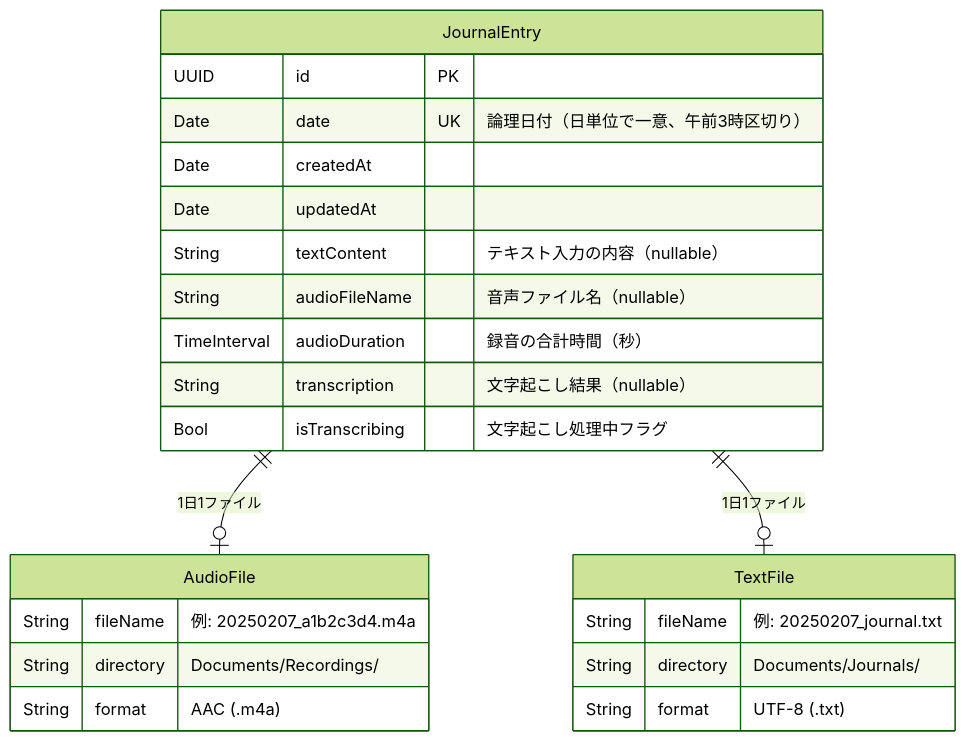
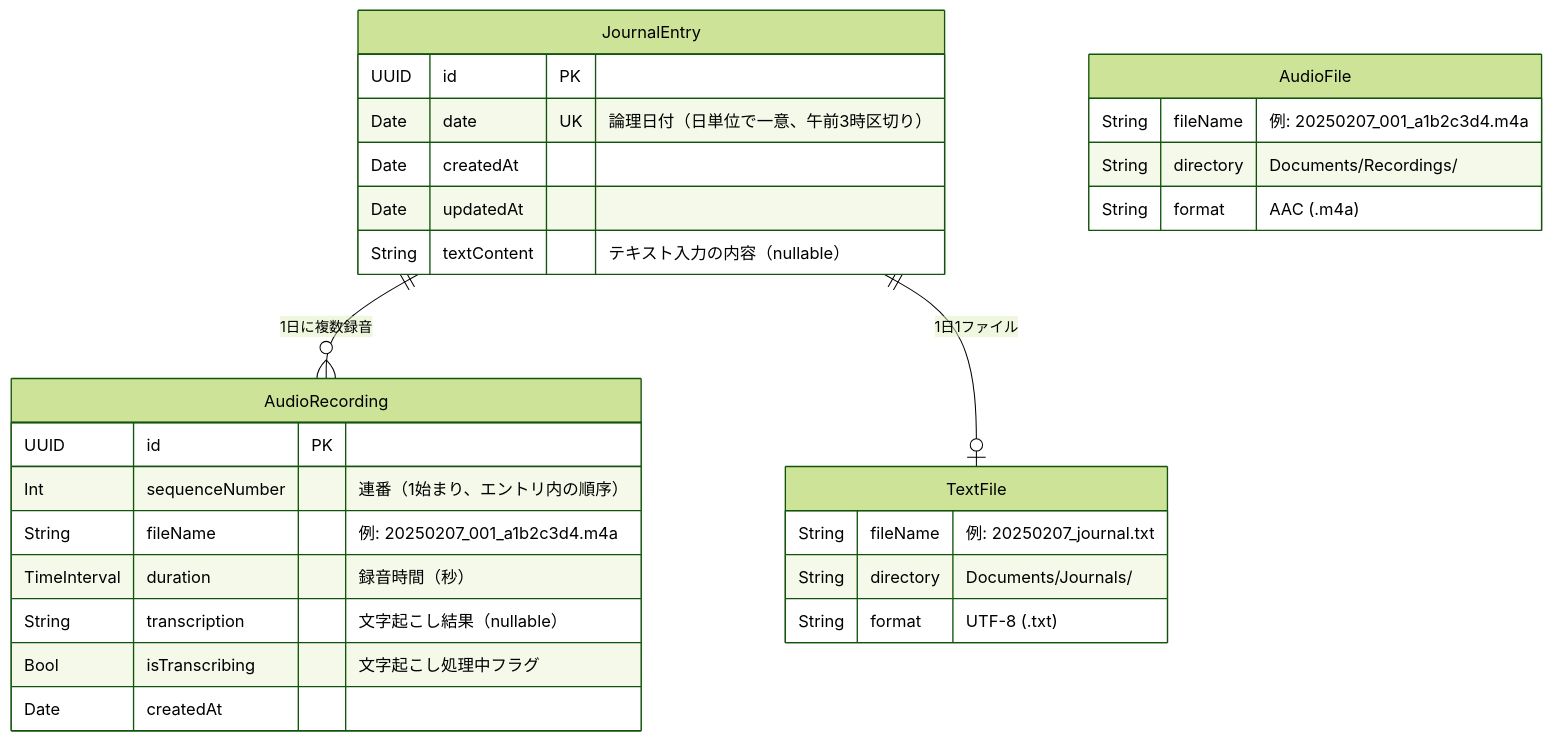
One commit to sy-hash/mind-echo changed the diagram in docs/design-prompt.md. Above: the diagram before and after it, drawn with Mermaid (forest theme). The commit also changed other lines of this file, not shown here.

````diff
--- a/docs/design-prompt.md
+++ b/docs/design-prompt.md
@@ -46,29 +46,35 @@
 ```mermaid
 erDiagram
     JournalEntry {
         UUID id PK
         Date date UK "論理日付（日単位で一意、午前3時区切り）"
         Date createdAt
         Date updatedAt
         String textContent "テキスト入力の内容（nullable）"
-        String audioFileName "音声ファイル名（nullable）"
-        TimeInterval audioDuration "録音の合計時間（秒）"
+    }
+
+    AudioRecording {
+        UUID id PK
+        Int sequenceNumber "連番（1始まり、エントリ内の順序）"
+        String fileName "例: 20250207_001_a1b2c3d4.m4a"
+        TimeInterval duration "録音時間（秒）"
         String transcription "文字起こし結果（nullable）"
         Bool isTranscribing "文字起こし処理中フラグ"
+        Date createdAt
     }
 
-    JournalEntry ||--o| AudioFile : "1日1ファイル"
+    JournalEntry ||--o{ AudioRecording : "1日に複数録音"
     JournalEntry ||--o| TextFile : "1日1ファイル"
 
     AudioFile {
-        String fileName "例: 20250207_a1b2c3d4.m4a"
+        String fileName "例: 20250207_001_a1b2c3d4.m4a"
         String directory "Documents/Recordings/"
         String format "AAC (.m4a)"
     }
 
     TextFile {
         String fileName "例: 20250207_journal.txt"
         String directory "Documents/Journals/"
         String format "UTF-8 (.txt)"
     }
 ```
````
